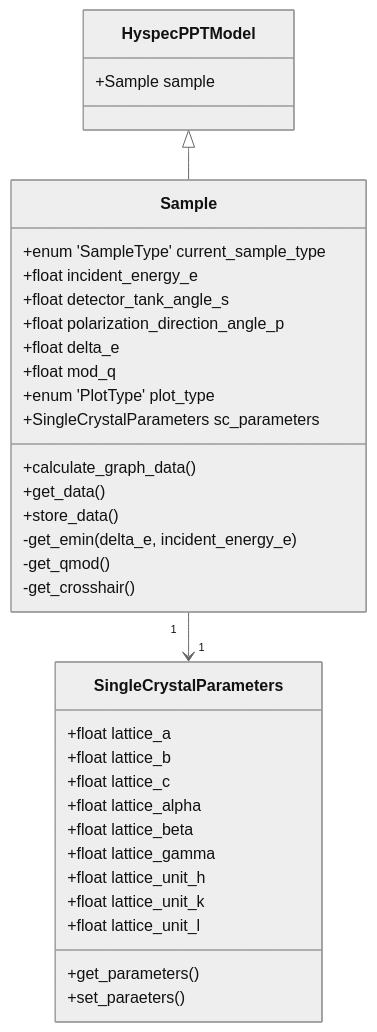
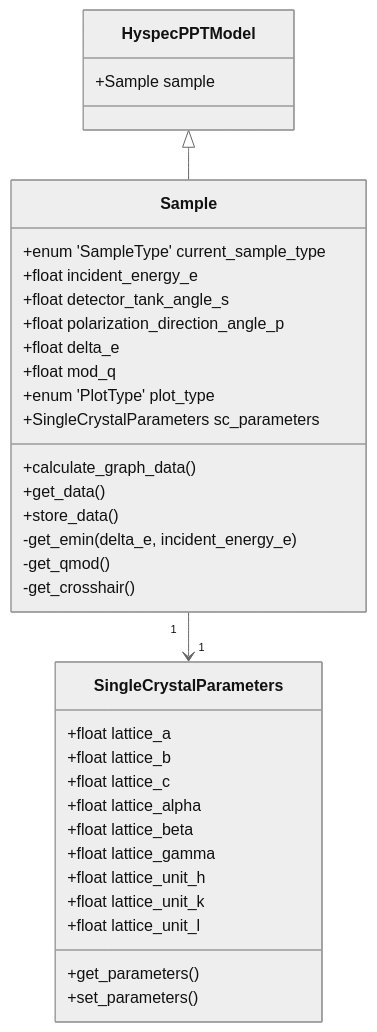
One commit to neutrons/hyspecppt changed the first of 3 diagrams in docs/source/design/hyspecpptclasses.rst. Above: the diagram before and after it, drawn with Mermaid (neutral theme). The commit also changed other lines of this file, not shown here.

```diff
--- a/docs/source/design/hyspecpptclasses.rst
+++ b/docs/source/design/hyspecpptclasses.rst
@@ -15,41 +15,41 @@
 .. mermaid::
 
  classDiagram
     HyspecPPTModel <|-- Sample
     Sample "1" -->"1" SingleCrystalParameters
 
 
     class HyspecPPTModel{
         +Sample sample
     }
 
     class Sample{
         +enum 'SampleType' current_sample_type
         +float incident_energy_e
         +float detector_tank_angle_s
         +float polarization_direction_angle_p
         +float delta_e
         +float mod_q
         +enum 'PlotType' plot_type
         +SingleCrystalParameters sc_parameters
         +calculate_graph_data()
         +get_data()
         +store_data()
         -get_emin(delta_e, incident_energy_e)
         -get_qmod()
         -get_crosshair()
     }
 
     class SingleCrystalParameters{
         +float lattice_a
         +float lattice_b
         +float lattice_c
         +float lattice_alpha
         +float lattice_beta
         +float lattice_gamma
         +float lattice_unit_h
         +float lattice_unit_k
         +float lattice_unit_l
         +get_parameters()
-        +set_paraeters()
+        +set_parameters()
     }
```
